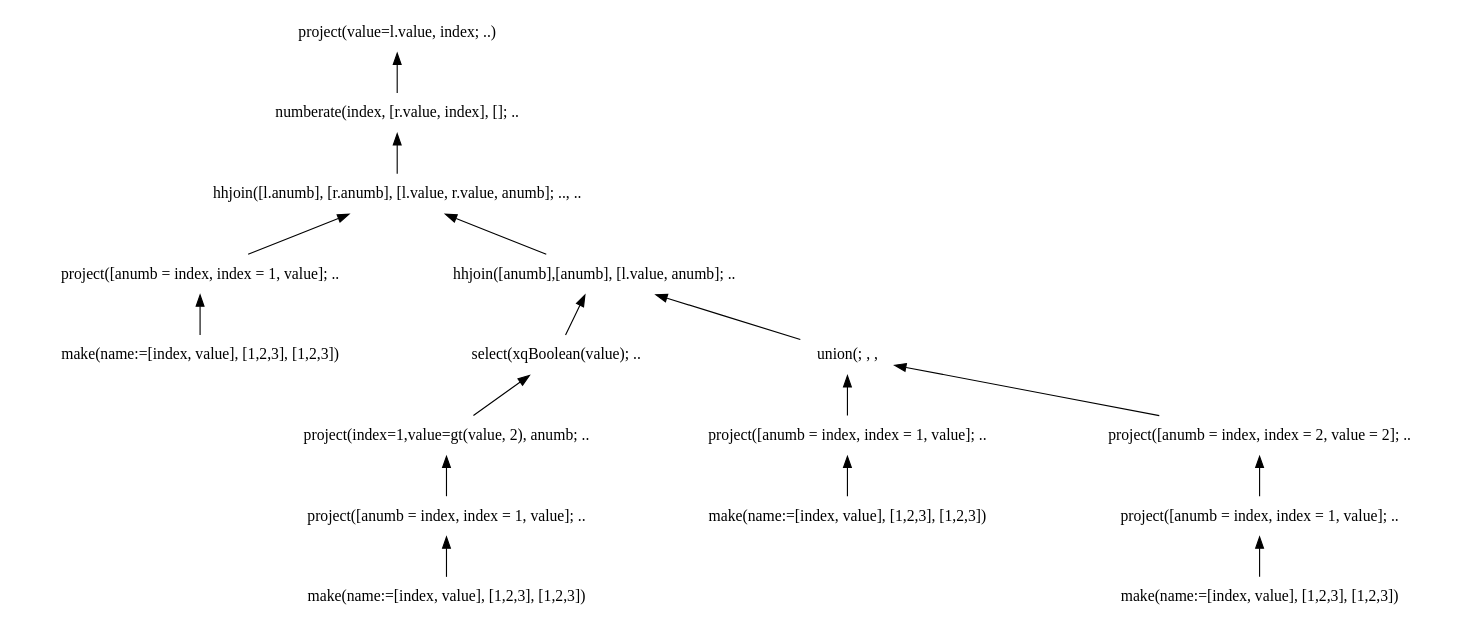
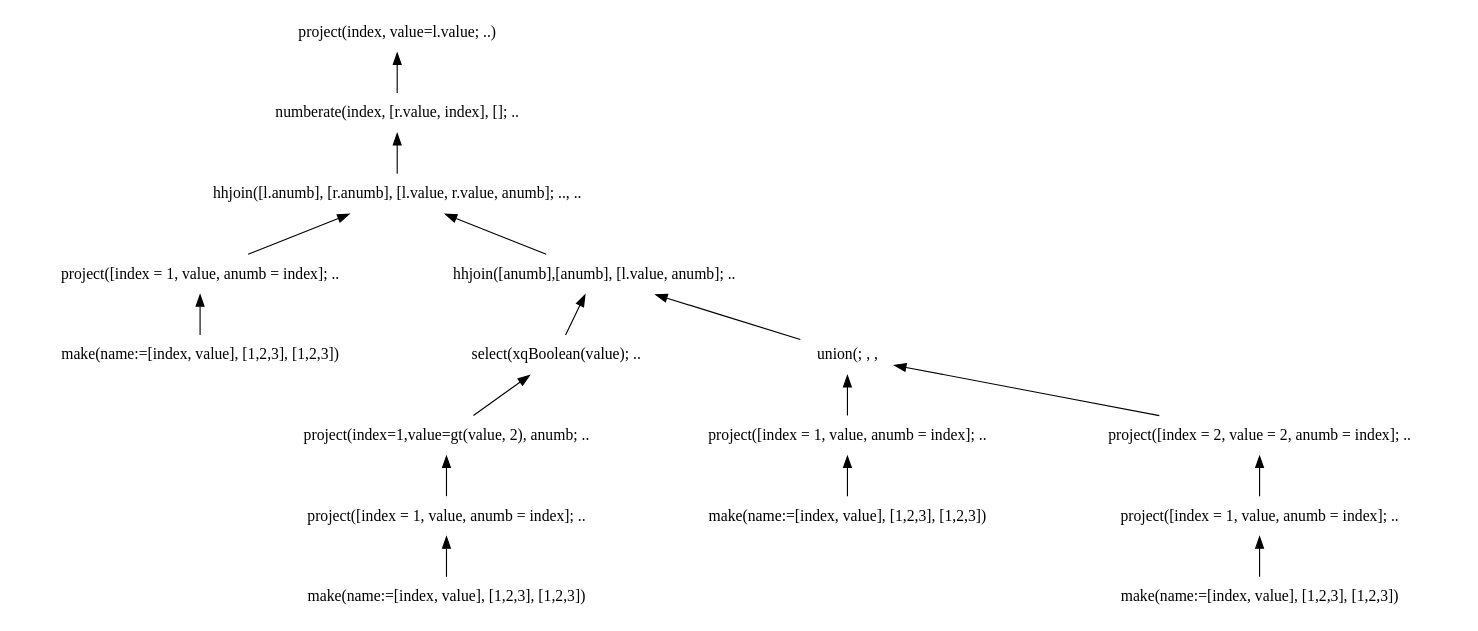
One commit to andrerav/xqft-parser changed the diagram in doc/graph_src/ext_flwor.dot. Above: the diagram before and after it, drawn with Graphviz. The commit also changed 3 other files, not shown here.

```diff
--- a/doc/graph_src/ext_flwor.dot
+++ b/doc/graph_src/ext_flwor.dot
@@ -1,51 +1,51 @@
 digraph AST {
 edge [color=black, dir=both, weight=1, fontcolor=black, fontname=Helvetica, arrowhead=none,arrowtail=normal]
 node [shape=plaintext]
 
 // DAGifying nodes
 project1231->make1231;
 project1232->make1232;
 project1233->make1233;
 project12311->make12311;
 make1231 [label="make(name:=[index, value], [1,2,3], [1,2,3])"];
 make1232 [label="make(name:=[index, value], [1,2,3], [1,2,3])"];
 make1233 [label="make(name:=[index, value], [1,2,3], [1,2,3])"];
 make12311 [label="make(name:=[index, value], [1,2,3], [1,2,3])"];
 //make2 [label="make(name:=[index, value],[1],[2])"];
 //make22 [label="make(name:=[index, value],[1],[2])"];
-project1231 [label="project([anumb = index, index = 1, value]; .."];
-project1232 [label="project([anumb = index, index = 1, value]; .."];
-project1233 [label="project([anumb = index, index = 1, value]; .."];
-project12311 [label="project([anumb = index, index = 1, value]; .."];
-project2 [label="project([anumb = index, index = 2, value = 2]; .."];
+project1231 [label="project([index = 1, value, anumb = index]; .."];
+project1232 [label="project([index = 1, value, anumb = index]; .."];
+project1233 [label="project([index = 1, value, anumb = index]; .."];
+project12311 [label="project([index = 1, value, anumb = index]; .."];
+project2 [label="project([index = 2, value = 2, anumb = index]; .."];
 
 // Ordinary nodes
-project1 [label="project(value=l.value, index; ..)"];
+project1 [label="project(index, value=l.value; ..)"];
 numberate1 [label="numberate(index, [r.value, index], []; .."];
 hhjoin1 [label="hhjoin([l.anumb], [r.anumb], [l.value, r.value, anumb]; .., .."];
 hhjoin2 [label="hhjoin([anumb],[anumb], [l.value, anumb]; .."];
 
 select1 [label="select(xqBoolean(value); .."];
 project5 [label="project(index=1,value=gt(value, 2), anumb; .."];
 //hhjoin4 [label=" hhjoin([], [], [l.value, r.value, anumb]; ..,.."];
 
 union1 [label="union(; , ,"]
 //numberate2 [label="numberate(index,[sprIdx,index],[]; .."]
 
 project1->numberate1;
   numberate1->hhjoin1;
     hhjoin1->hhjoin2;
       //hhjoin2->numberate2;
         //numberate2->union1;
         hhjoin2->union1;
            union1->project1231;
            union1->project2;
              project2->project12311;
       hhjoin2->select1;
         select1->project5;
           project5->project1232
               //project5->hhjoin4;
               //  hhjoin4->project1232;
               //  hhjoin4->make22;
     hhjoin1->project1233;
 }
```
